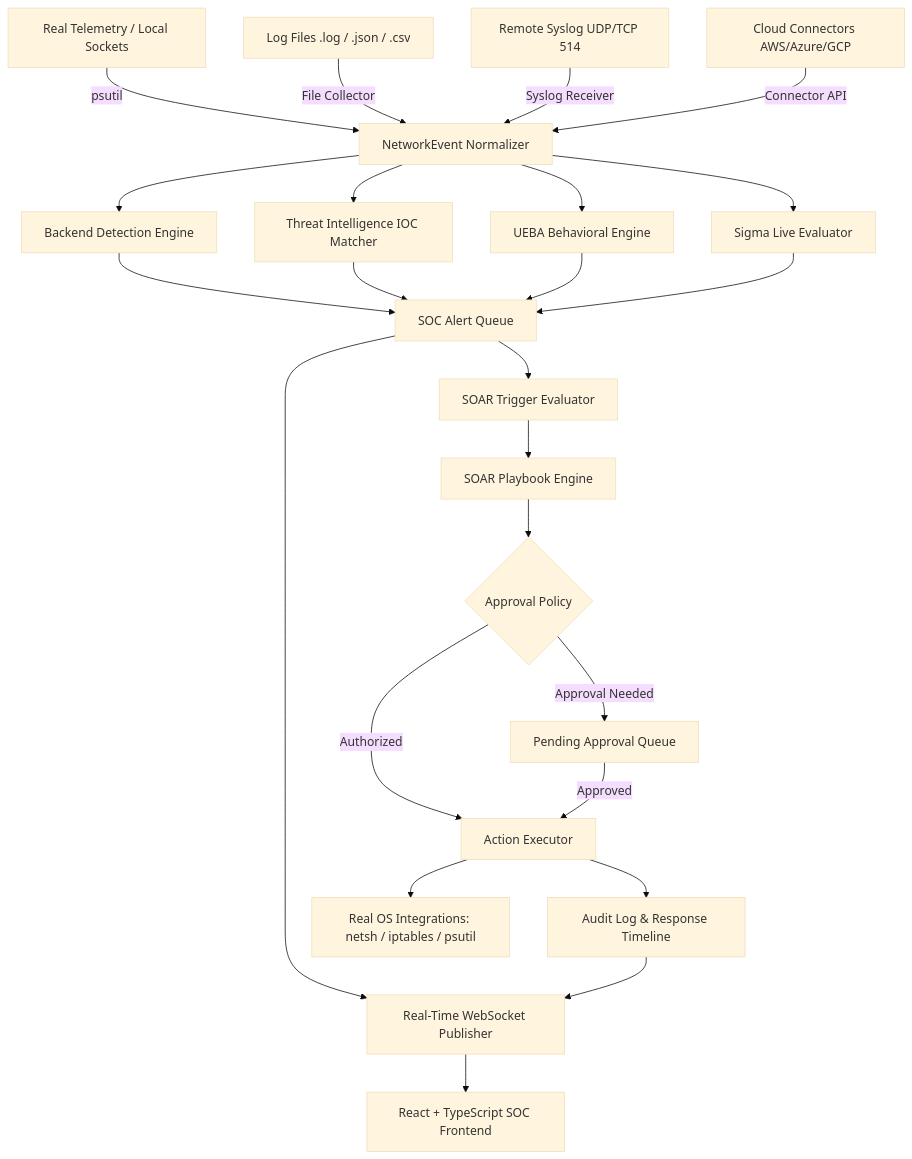
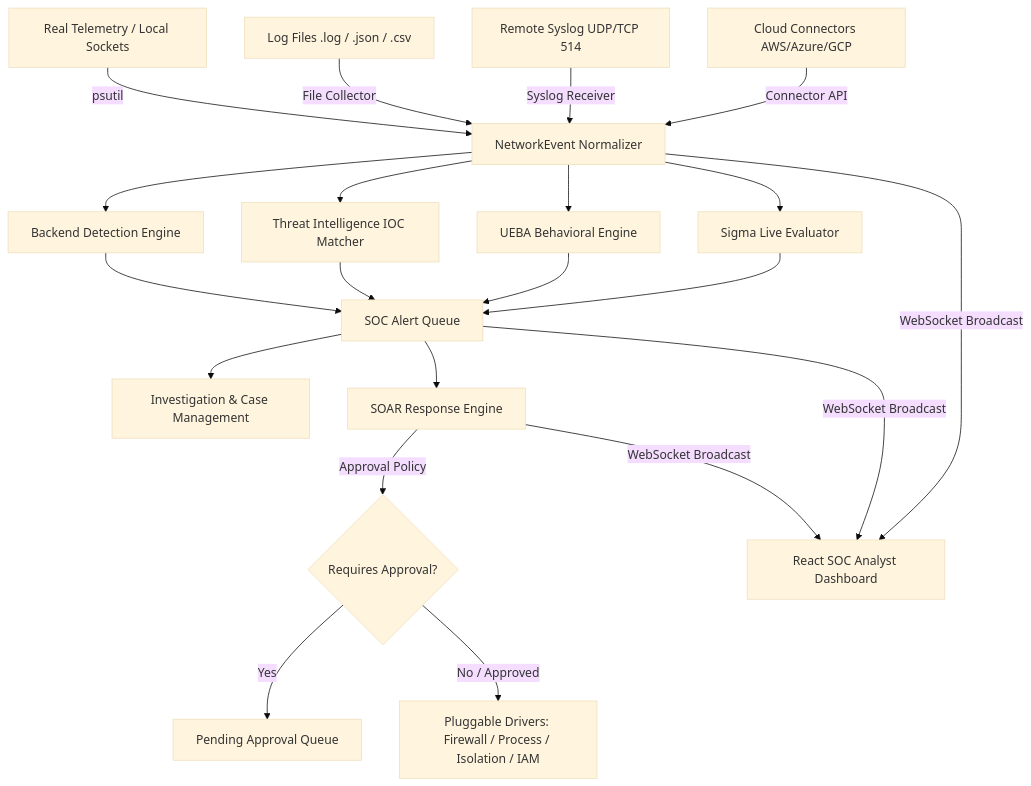
The diagram in README.md (koppineeedi/NetWatch-Network-Security-Monitoring-Suspicious-Activity-Detection-Platform), drawn with Mermaid (base theme) before and after one commit. The commit also changed other lines of this file and 19 other files, not shown here.

Commit message:
feat: NetWatch v1.0 Production Release & Enhancement Cycles 1-5 (Audit, Drivers, Health Checks, Deployment & Hardening)

````diff
--- a/README.md
+++ b/README.md
@@ -48,31 +48,28 @@
 ```mermaid
 graph TD
     A[Real Telemetry / Local Sockets] -->|psutil| E[NetworkEvent Normalizer]
     B[Log Files .log / .json / .csv] -->|File Collector| E
     C[Remote Syslog UDP/TCP 514] -->|Syslog Receiver| E
     D[Cloud Connectors AWS/Azure/GCP] -->|Connector API| E
 
     E --> F[Backend Detection Engine]
     E --> G[Threat Intelligence IOC Matcher]
     E --> H[UEBA Behavioral Engine]
     E --> I[Sigma Live Evaluator]
 
     F --> J[SOC Alert Queue]
     G --> J
     H --> J
     I --> J
 
-    J --> K[Real-Time WebSocket Publisher]
-    J --> L[SOAR Trigger Evaluator]
+    J --> K[Investigation & Case Management]
+    J --> L[SOAR Response Engine]
 
-    L --> M[SOAR Playbook Engine]
-    M --> N{Approval Policy}
-    N -->|Authorized| O[Action Executor]
-    N -->|Approval Needed| P[Pending Approval Queue]
-    P -->|Approved| O
+    L -->|Approval Policy| M{Requires Approval?}
+    M -->|Yes| N[Pending Approval Queue]
+    M -->|No / Approved| O[Pluggable Drivers: Firewall / Process / Isolation / IAM]
 
-    O --> Q[Real OS Integrations: netsh / iptables / psutil]
-    O --> R[Audit Log & Response Timeline]
-    R --> K
-    K --> S[React + TypeScript SOC Frontend]
+    E -->|WebSocket Broadcast| P[React SOC Analyst Dashboard]
+    J -->|WebSocket Broadcast| P
+    L -->|WebSocket Broadcast| P
 ```
````
